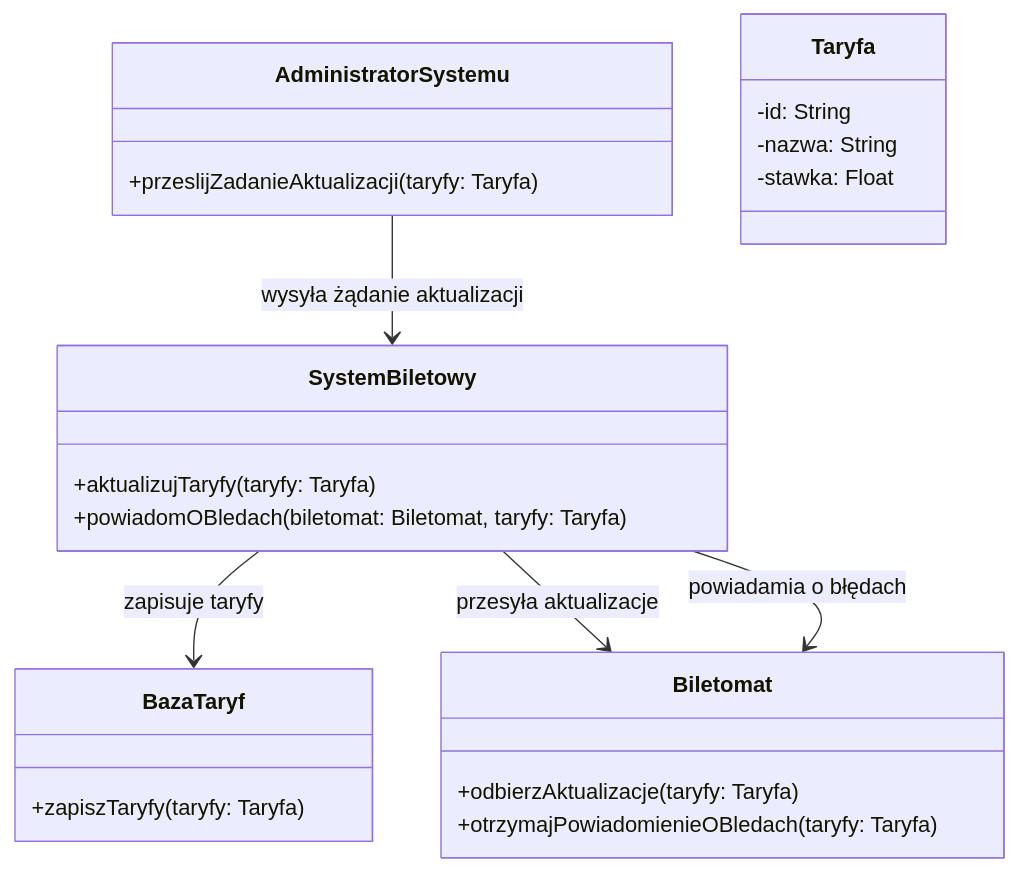
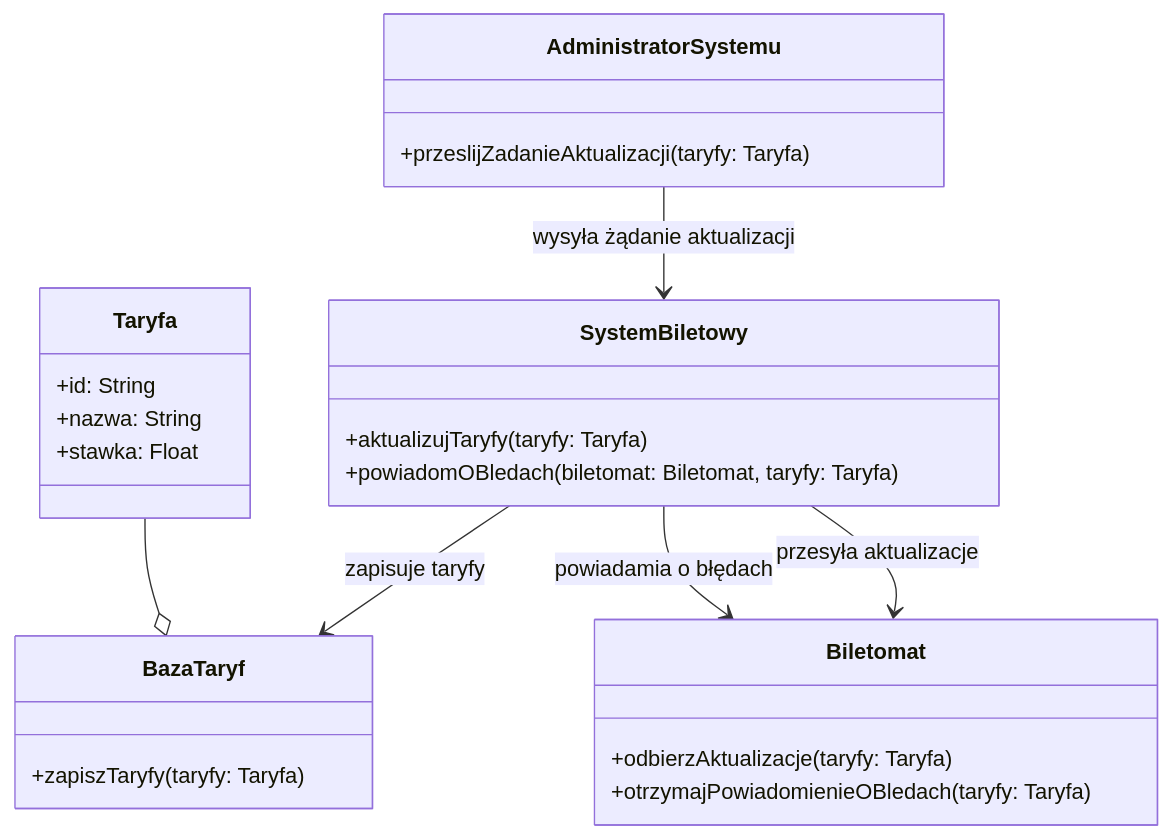
The first of 9 diagrams in system-biletowy.md (pilukal/MWO), drawn with Mermaid before and after one commit. The commit also changed other lines of this file, not shown here.

````diff
--- a/system-biletowy.md
+++ b/system-biletowy.md
@@ -31,33 +31,34 @@
 ```mermaid
 classDiagram
     class SystemBiletowy {
         +aktualizujTaryfy(taryfy: Taryfa)
         +powiadomOBledach(biletomat: Biletomat, taryfy: Taryfa)
     }
 
     class AdministratorSystemu {
         +przeslijZadanieAktualizacji(taryfy: Taryfa)
     }
 
     class BazaTaryf {
         +zapiszTaryfy(taryfy: Taryfa)
     }
 
     class Biletomat {
         +odbierzAktualizacje(taryfy: Taryfa)
         +otrzymajPowiadomienieOBledach(taryfy: Taryfa)
     }
 
     class Taryfa {
-        -id: String
-        -nazwa: String
-        -stawka: Float
+        +id: String
+        +nazwa: String
+        +stawka: Float
     }
 
     AdministratorSystemu --> SystemBiletowy : wysyła żądanie aktualizacji
     SystemBiletowy --> BazaTaryf : zapisuje taryfy
     SystemBiletowy --> Biletomat : przesyła aktualizacje
     SystemBiletowy --> Biletomat : powiadamia o błędach
+    Taryfa --o BazaTaryf
+    end
 
-    end
 ```
````
